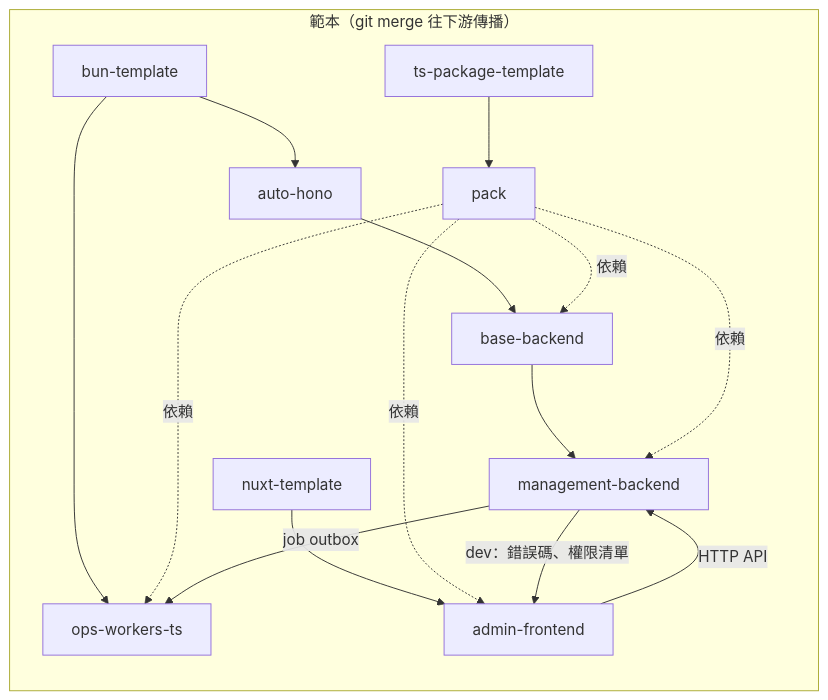
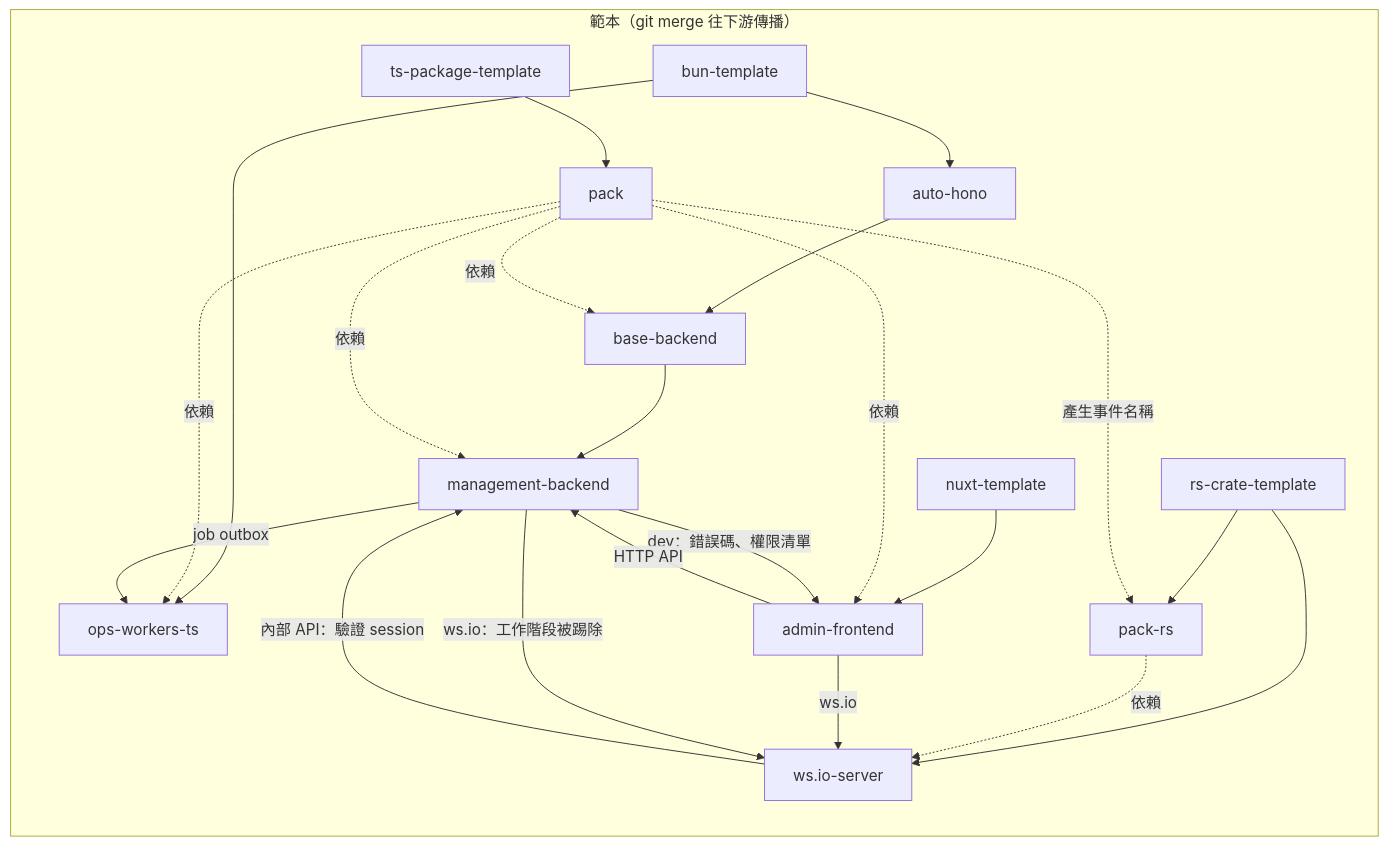
Before and after one commit to kiki-core-stack/main: the diagram in docs/main.md, drawn with Mermaid. The commit also changed other lines of this file, not shown here.

First line of the commit message:
docs: document the ws.io server

````diff
--- a/docs/main.md
+++ b/docs/main.md
@@ -20,14 +21,19 @@
 ```mermaid
 flowchart LR
     subgraph templates[範本（git merge 往下游傳播）]
         bunTemplate[bun-template] --> autoHono[auto-hono] --> baseBackend[base-backend] --> managementBackend[management-backend]
         bunTemplate --> opsWorkers[ops-workers-ts]
         nuxtTemplate[nuxt-template] --> adminFrontend[admin-frontend]
         packageTemplate[ts-package-template] --> pack
+        rsCrateTemplate[rs-crate-template] --> packRs[pack-rs] & wsIoServer[ws.io-server]
     end
 
     pack -. 依賴 .-> baseBackend & managementBackend & opsWorkers & adminFrontend
+    pack -. 產生事件名稱 .-> packRs -. 依賴 .-> wsIoServer
     managementBackend -- dev：錯誤碼、權限清單 --> adminFrontend
     adminFrontend -- HTTP API --> managementBackend
     managementBackend -- job outbox --> opsWorkers
+    adminFrontend -- ws.io --> wsIoServer
+    managementBackend -- ws.io：工作階段被踢除 --> wsIoServer
+    wsIoServer -- 內部 API：驗證 session --> managementBackend
 ```
````
